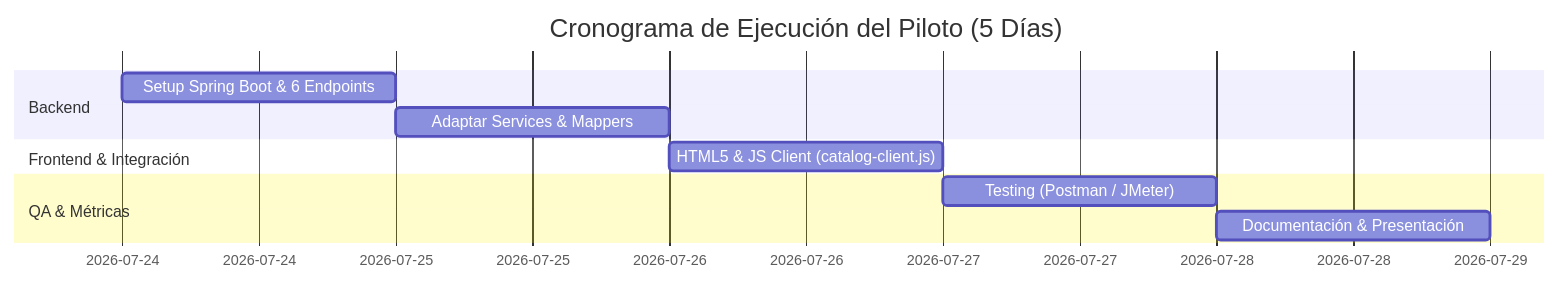
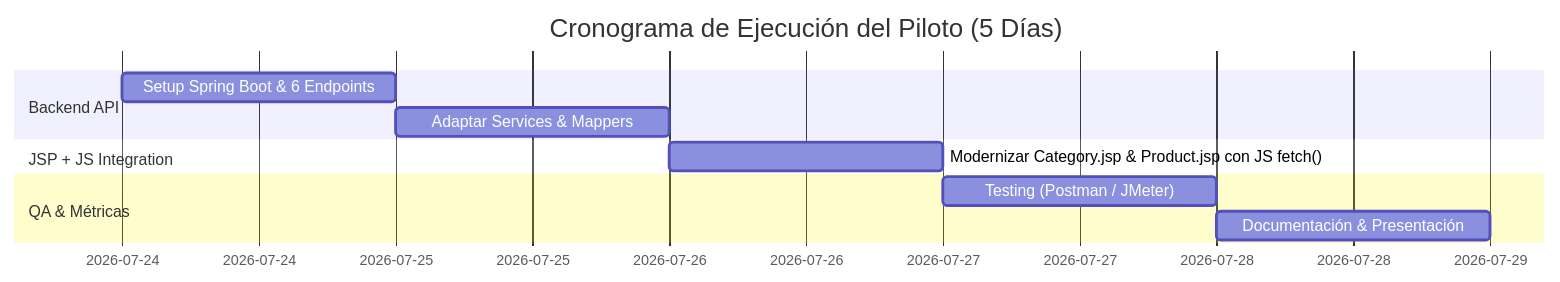
Before and after one commit to CarlosDBayona/jpetstore-partial: the diagram in plans/MODERNIZATION_API_FIRST_PLAN.md, drawn with Mermaid. The commit also changed other lines of this file, not shown here.

````diff
--- a/plans/MODERNIZATION_API_FIRST_PLAN.md
+++ b/plans/MODERNIZATION_API_FIRST_PLAN.md
@@ -68,13 +70,13 @@
 ```mermaid
 gantt
     title Cronograma de Ejecución del Piloto (5 Días)
     dateFormat  YYYY-MM-DD
-    section Backend
+    section Backend API
     Setup Spring Boot & 6 Endpoints  :d1, 2026-07-24, 1d
     Adaptar Services & Mappers       :d2, 2026-07-25, 1d
-    section Frontend & Integración
-    HTML5 & JS Client (catalog-client.js) :d3, 2026-07-26, 1d
+    section JSP + JS Integration
+    Modernizar Category.jsp & Product.jsp con JS fetch() :d3, 2026-07-26, 1d
     section QA & Métricas
     Testing (Postman / JMeter)       :d4, 2026-07-27, 1d
     Documentación & Presentación     :d5, 2026-07-28, 1d
 ```
````
